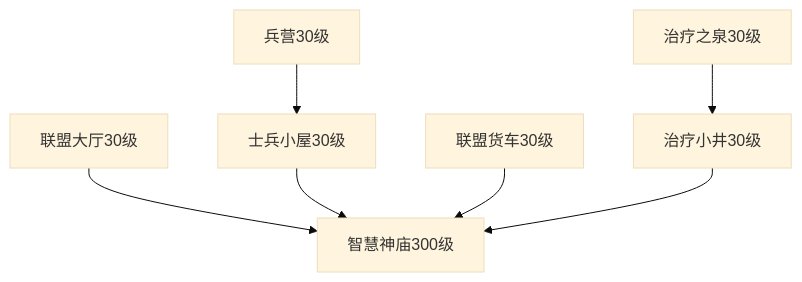
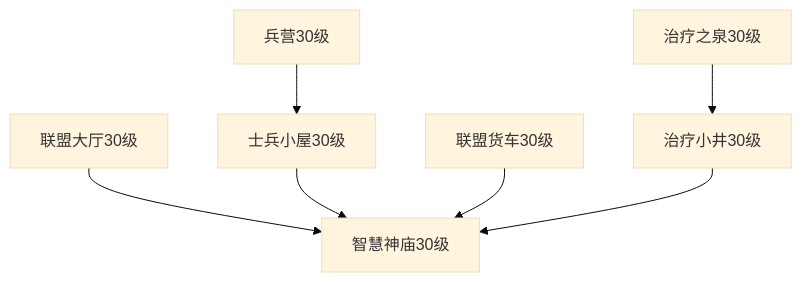
One commit to ruoqiwan/Joy changed the diagram in _posts/2023-05-09-build.md. Above: the diagram before and after it, drawn with Mermaid (base theme). The commit also changed other lines of this file, not shown here.

```diff
--- a/_posts/2023-05-09-build.md
+++ b/_posts/2023-05-09-build.md
@@ -14,18 +14,18 @@
 <div class="mermaid">
   graph TD
     A-->H
 	B-->C
 	C-->H
 	D-->H
 	E-->F
     F-->H
 	
 	A[联盟大厅30级]
 	B[兵营30级]
 	C[士兵小屋30级]
 	D[联盟货车30级]
 	E[治疗之泉30级]
 	F[治疗小井30级]
-    H[智慧神庙300级]
+    H[智慧神庙30级]
 	
 </div>
```
